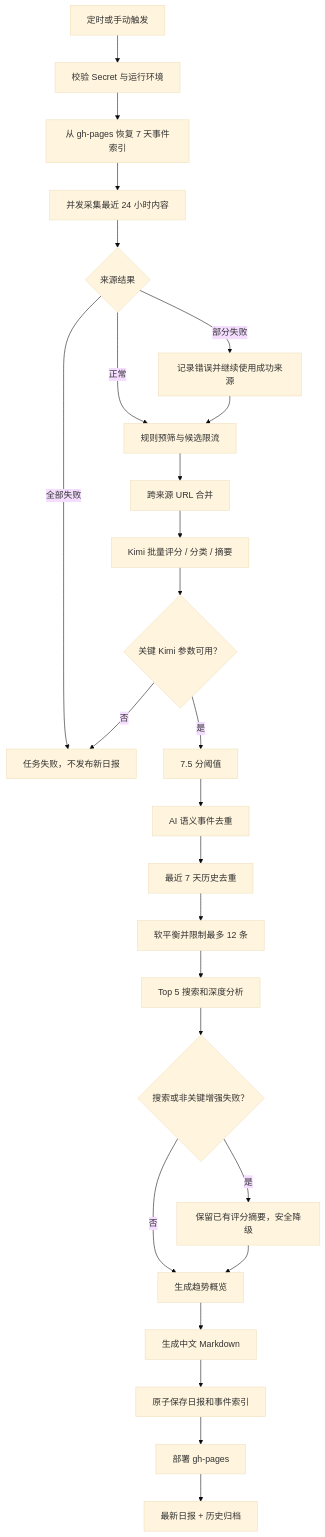
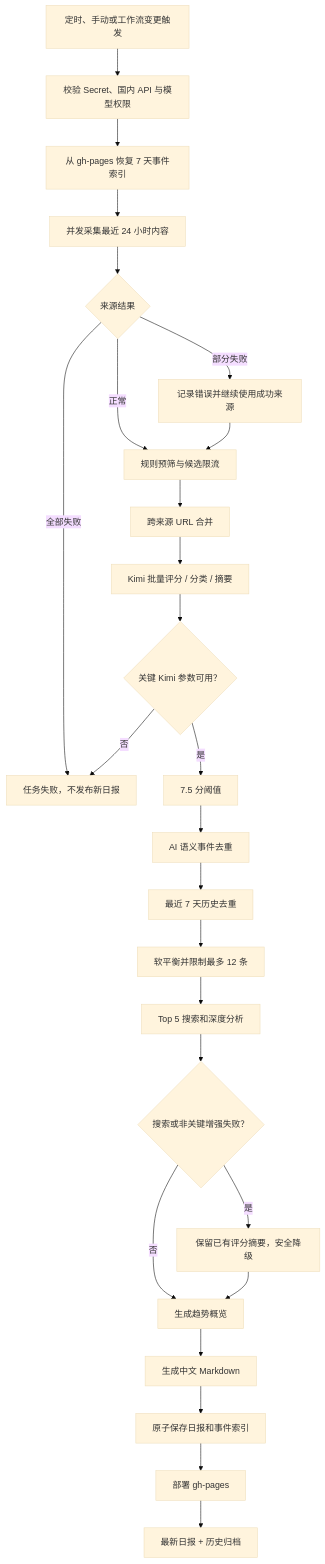
The second of 2 diagrams in docs/workflow-product-guide.md (Hank-Hee/News-Notification), drawn with Mermaid (base theme) before and after one commit. The commit also changed other lines of this file, not shown here.

````diff
--- a/docs/workflow-product-guide.md
+++ b/docs/workflow-product-guide.md
@@ -306,28 +307,28 @@
 ```mermaid
 flowchart TD
-    A["定时或手动触发"] --> B["校验 Secret 与运行环境"]
+    A["定时、手动或工作流变更触发"] --> B["校验 Secret、国内 API 与模型权限"]
     B --> C["从 gh-pages 恢复 7 天事件索引"]
     C --> D["并发采集最近 24 小时内容"]
     D --> E{"来源结果"}
     E -- "部分失败" --> F["记录错误并继续使用成功来源"]
     E -- "全部失败" --> X["任务失败，不发布新日报"]
     E -- "正常" --> G["规则预筛与候选限流"]
     F --> G
     G --> H["跨来源 URL 合并"]
     H --> I["Kimi 批量评分 / 分类 / 摘要"]
     I --> J{"关键 Kimi 参数可用？"}
     J -- "否" --> X
     J -- "是" --> K["7.5 分阈值"]
     K --> L["AI 语义事件去重"]
     L --> M["最近 7 天历史去重"]
     M --> N["软平衡并限制最多 12 条"]
     N --> O["Top 5 搜索和深度分析"]
     O --> P{"搜索或非关键增强失败？"}
     P -- "是" --> Q["保留已有评分摘要，安全降级"]
     P -- "否" --> R["生成趋势概览"]
     Q --> R
     R --> S["生成中文 Markdown"]
     S --> T["原子保存日报和事件索引"]
     T --> U["部署 gh-pages"]
     U --> V["最新日报 + 历史归档"]
 ```
````
